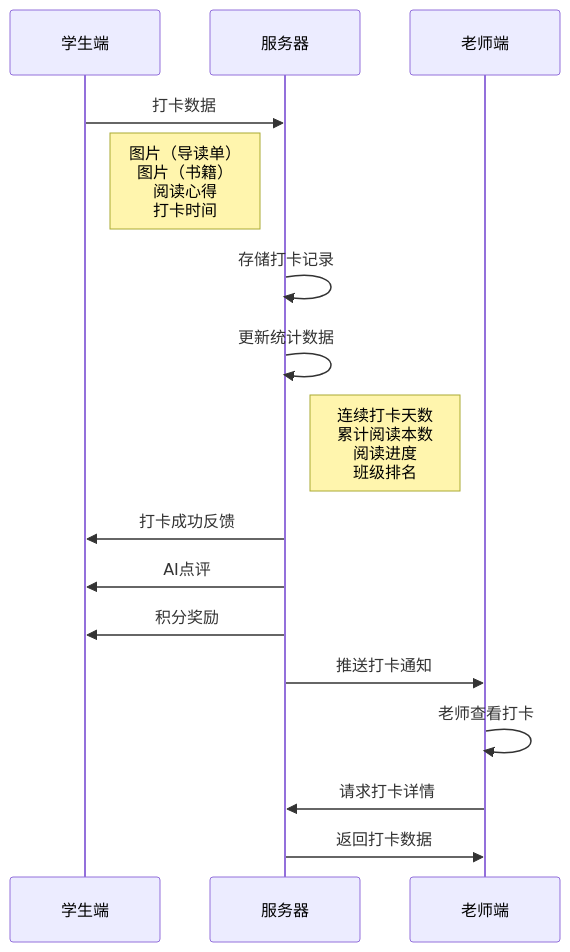
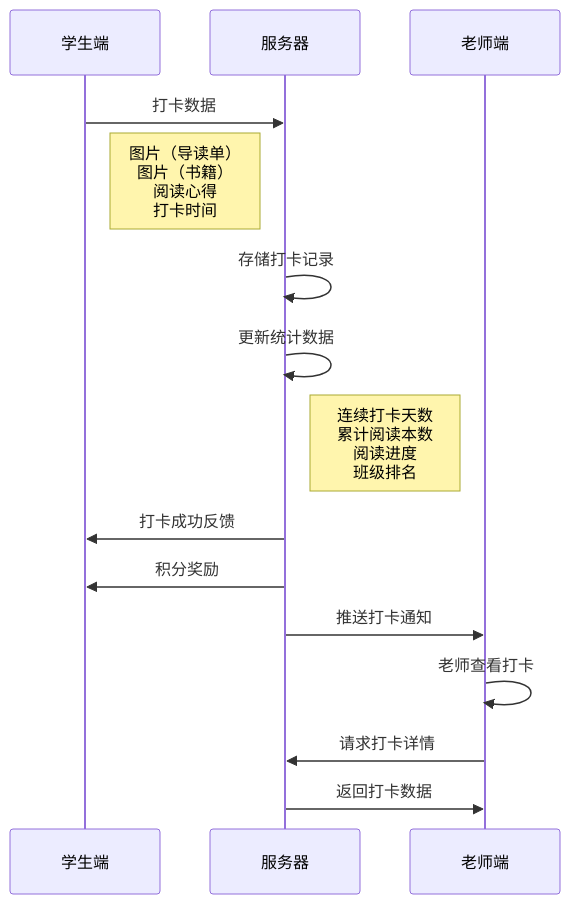
Diagram 12 of 18 in 2-AI伴读V1.0/PRD文档/校校读吧学生端PRD_V1.0.md (22816523/math-kids), drawn with Mermaid before and after one commit. The commit also changed other lines of this file and 9 other files, not shown here.

````diff
--- a/2-AI伴读V1.0/PRD文档/校校读吧学生端PRD_V1.0.md
+++ b/2-AI伴读V1.0/PRD文档/校校读吧学生端PRD_V1.0.md
@@ -762,22 +761,21 @@
 ```mermaid
 sequenceDiagram
     participant Student as 学生端
     participant Server as 服务器
     participant Teacher as 老师端
 
     Student->>Server: 打卡数据
     Note right of Student: 图片（导读单）<br/>图片（书籍）<br/>阅读心得<br/>打卡时间
 
     Server->>Server: 存储打卡记录
     Server->>Server: 更新统计数据
     Note right of Server: 连续打卡天数<br/>累计阅读本数<br/>阅读进度<br/>班级排名
 
     Server->>Student: 打卡成功反馈
-    Server->>Student: AI点评
     Server->>Student: 积分奖励
 
     Server->>Teacher: 推送打卡通知
     Teacher->>Teacher: 老师查看打卡
     Teacher->>Server: 请求打卡详情
     Server->>Teacher: 返回打卡数据
 ```
````
